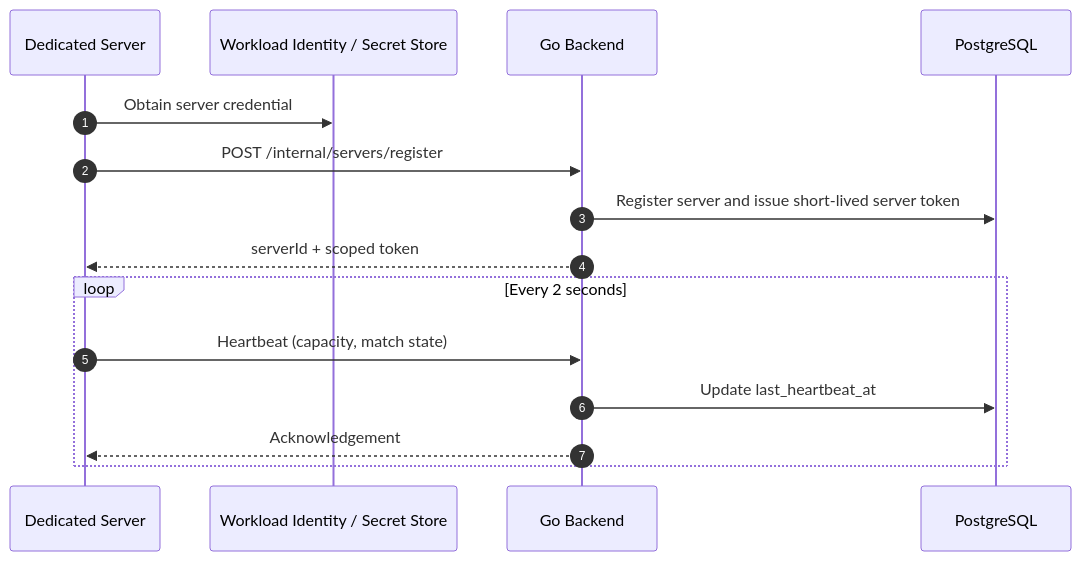
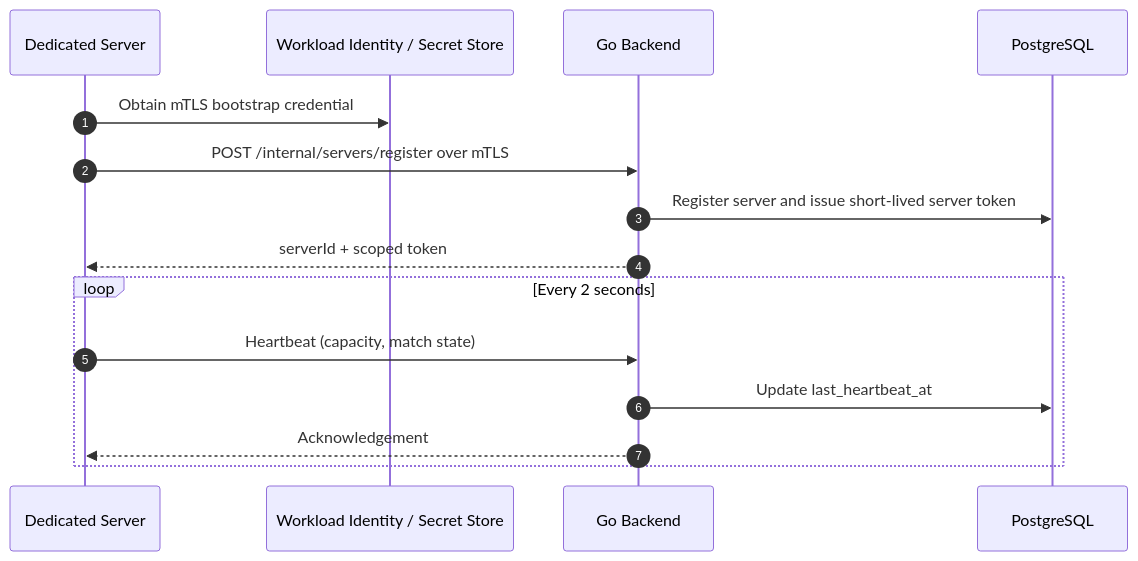
One commit to oaiba/ExtractionDocument changed the third of 9 diagrams in _files/UE_Multiplayer_Live_Services_Architecture_Go_RedpointEOS.md. Above: the diagram before and after it, drawn with Mermaid. The commit also changed other lines of this file, not shown here.

````diff
--- a/_files/UE_Multiplayer_Live_Services_Architecture_Go_RedpointEOS.md
+++ b/_files/UE_Multiplayer_Live_Services_Architecture_Go_RedpointEOS.md
@@ -537,17 +545,17 @@
 ```mermaid
 sequenceDiagram
     autonumber
     participant DS as Dedicated Server
     participant I as Workload Identity / Secret Store
     participant B as Go Backend
     participant DB as PostgreSQL
-    DS->>I: Obtain server credential
-    DS->>B: POST /internal/servers/register
+    DS->>I: Obtain mTLS bootstrap credential
+    DS->>B: POST /internal/servers/register over mTLS
     B->>DB: Register server and issue short-lived server token
     B-->>DS: serverId + scoped token
     loop Every 2 seconds
         DS->>B: Heartbeat (capacity, match state)
         B->>DB: Update last_heartbeat_at
         B-->>DS: Acknowledgement
     end
 ```
````
